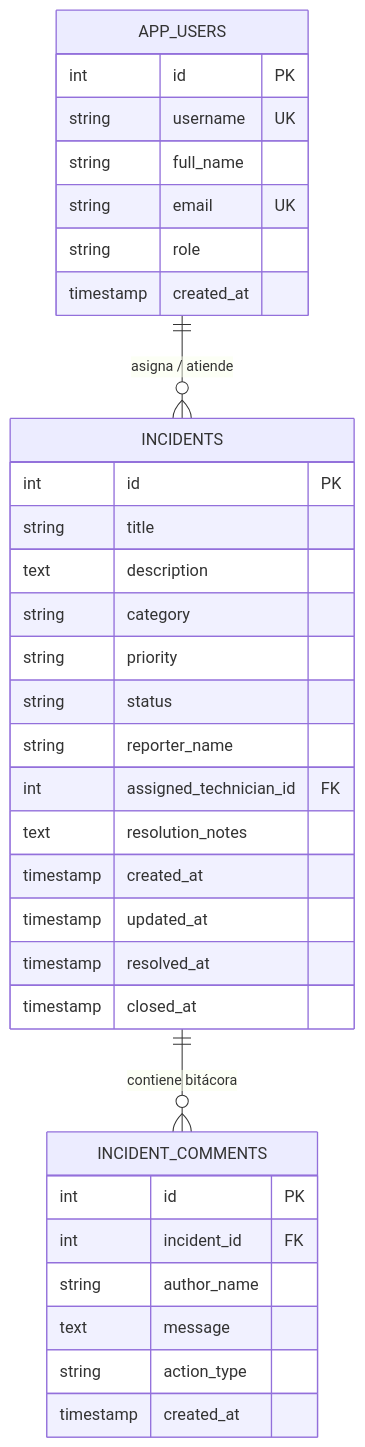
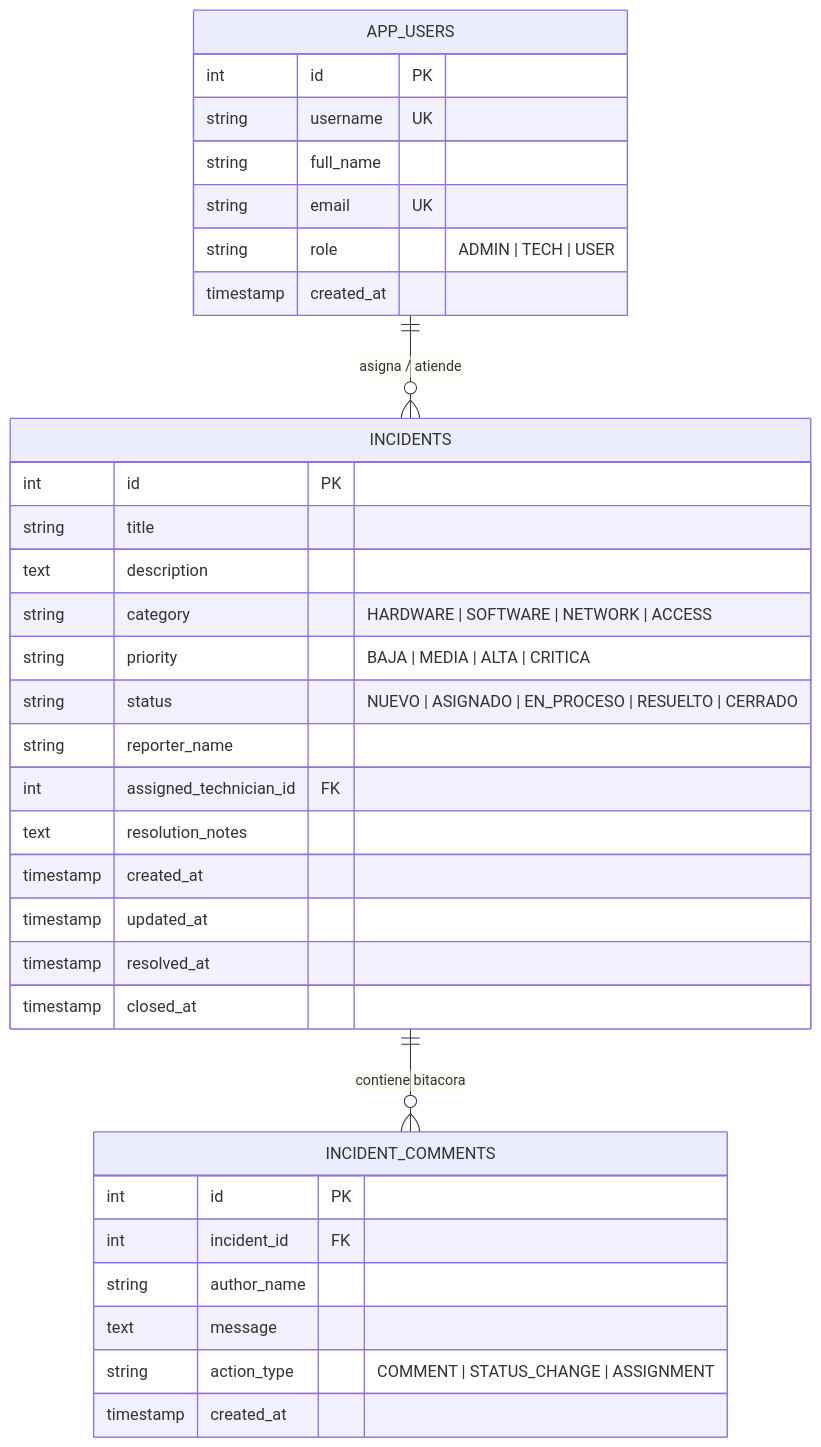
The third of 4 diagrams in docs/arquitectura.md (jgalindos2-web/incident-hub), drawn with Mermaid before and after one commit. The commit also changed other lines of this file and 18 other files, not shown here.

````diff
--- a/docs/arquitectura.md
+++ b/docs/arquitectura.md
@@ -42,39 +117,39 @@
 ```mermaid
 erDiagram
     APP_USERS ||--o{ INCIDENTS : "asigna / atiende"
-    INCIDENTS ||--o{ INCIDENT_COMMENTS : "contiene bitácora"
+    INCIDENTS ||--o{ INCIDENT_COMMENTS : "contiene bitacora"
 
     APP_USERS {
         int id PK
         string username UK
         string full_name
         string email UK
-        string role
+        string role "ADMIN | TECH | USER"
         timestamp created_at
     }
 
     INCIDENTS {
         int id PK
         string title
         text description
-        string category
-        string priority
-        string status
+        string category "HARDWARE | SOFTWARE | NETWORK | ACCESS"
+        string priority "BAJA | MEDIA | ALTA | CRITICA"
+        string status "NUEVO | ASIGNADO | EN_PROCESO | RESUELTO | CERRADO"
         string reporter_name
         int assigned_technician_id FK
         text resolution_notes
         timestamp created_at
         timestamp updated_at
         timestamp resolved_at
         timestamp closed_at
     }
 
     INCIDENT_COMMENTS {
         int id PK
         int incident_id FK
         string author_name
         text message
-        string action_type
+        string action_type "COMMENT | STATUS_CHANGE | ASSIGNMENT"
         timestamp created_at
     }
 ```
````
